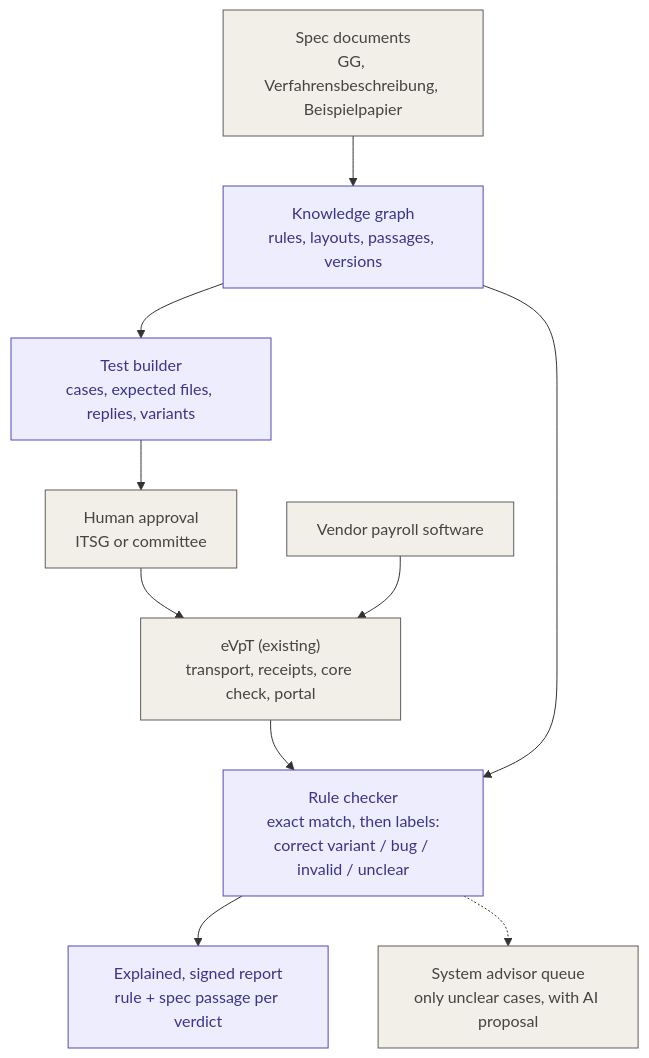
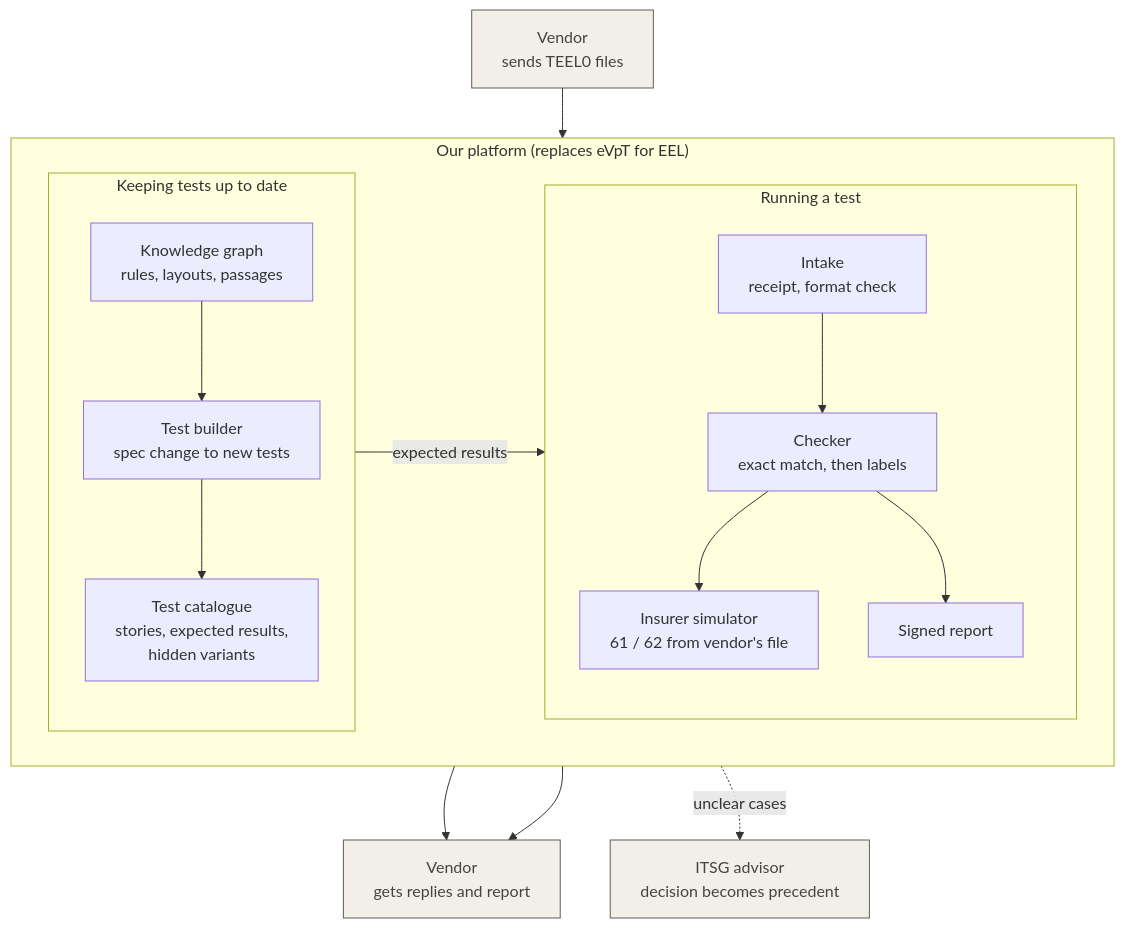
The diagram in plan/diagrams/02_system_overview.md (ahlemtr/ITSG-Futury-Build-day), drawn with Mermaid before and after one commit. The commit also changed other lines of this file and 10 other files, not shown here.

````diff
--- a/plan/diagrams/02_system_overview.md
+++ b/plan/diagrams/02_system_overview.md
@@ -3,17 +3,26 @@
 ```mermaid
-flowchart TD
-    S["Spec documents<br/>GG, Verfahrensbeschreibung, Beispielpapier"] --> KG["Knowledge graph<br/>rules, layouts, passages, versions"]
-    KG --> TB["Test builder<br/>cases, expected files, replies, variants"]
-    TB --> HA["Human approval<br/>ITSG or committee"]
-    HA --> EV["eVpT (existing)<br/>transport, receipts, core check, portal"]
-    V["Vendor payroll software"] --> EV
-    EV --> RC["Rule checker<br/>exact match, then labels:<br/>correct variant / bug / invalid / unclear"]
-    KG --> RC
-    RC --> R["Explained, signed report<br/>rule + spec passage per verdict"]
-    RC -.-> RV["System advisor queue<br/>only unclear cases, with AI proposal"]
+flowchart TB
+    VS["Vendor<br/>sends TEEL0 files"]
+    subgraph P["Our platform (replaces eVpT for EEL)"]
+        direction LR
+        subgraph PREP["Keeping tests up to date"]
+            direction TB
+            KG["Knowledge graph<br/>rules, layouts, passages"] --> TB["Test builder<br/>spec change to new tests"]
+            TB --> CAT["Test catalogue<br/>stories, expected results,<br/>hidden variants"]
+        end
+        subgraph RUN["Running a test"]
+            direction TB
+            IN["Intake<br/>receipt, format check"] --> RC["Checker<br/>exact match, then labels"]
+            RC --> IS["Insurer simulator<br/>61 / 62 from vendor's file"]
+            RC --> REP["Signed report"]
+        end
+        CAT -->|"expected results"| RC
+    end
+    VS --> IN
+    IS --> VR["Vendor<br/>gets replies and report"]
+    REP --> VR
+    RC -.->|"unclear cases"| ADV["ITSG advisor<br/>decision becomes precedent"]
 
-    classDef ours fill:#EEEDFE,stroke:#534AB7,color:#3C3489
     classDef ext fill:#F1EFE8,stroke:#5F5E5A,color:#444441
-    class KG,TB,RC,R ours
-    class S,HA,EV,V,RV ext
+    class VS,VR,ADV ext
 ```
````
